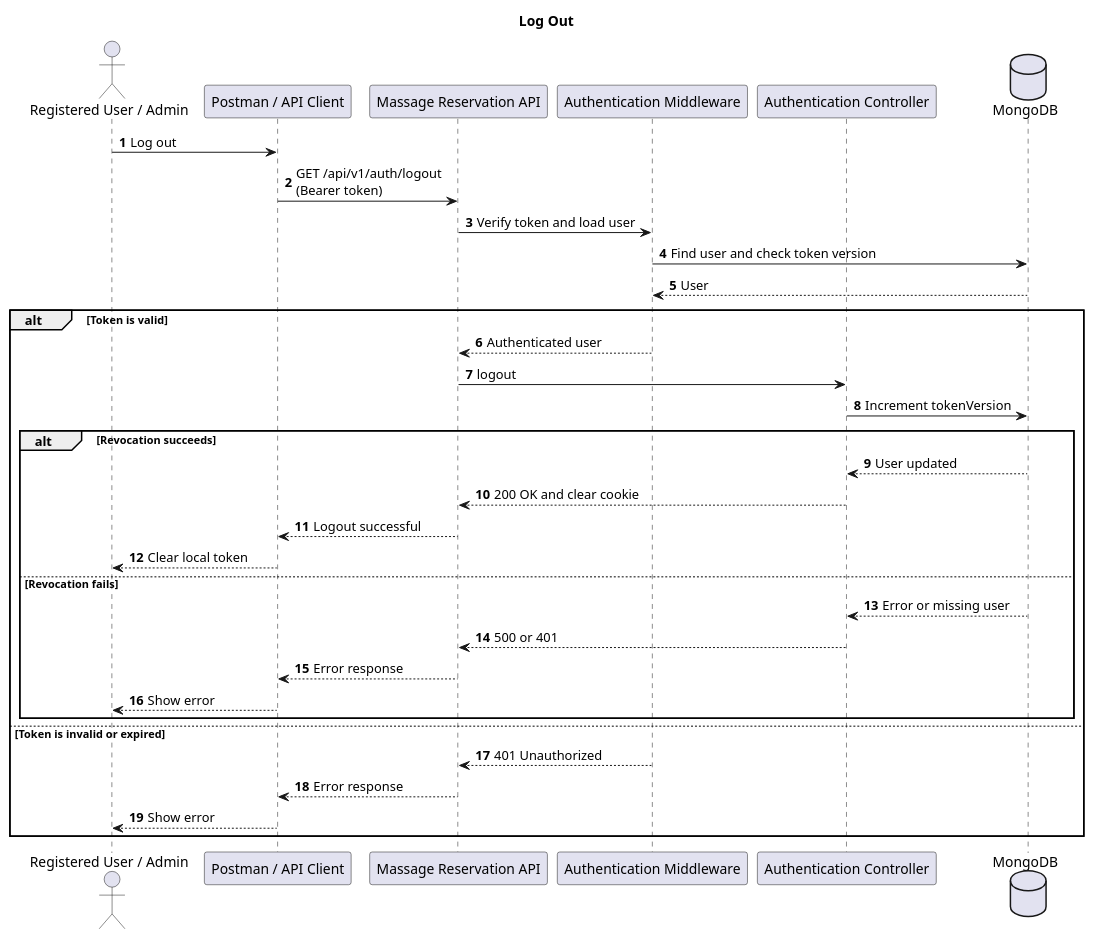
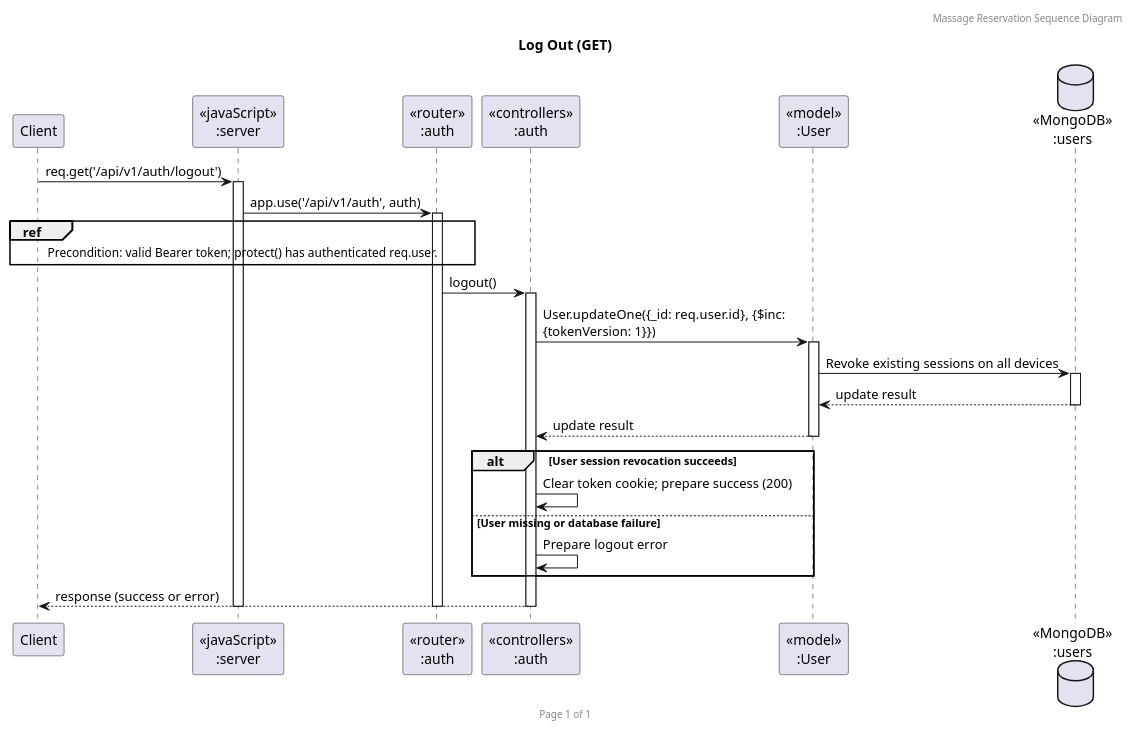
Before and after one commit to pim3567/SW-DEV-PRAC-Final-Project: the diagram in docs/diagram/sequence-diagram/specified-requirements/03-logout.puml, drawn with PlantUML. The commit also changed 12 other files, not shown here.

Commit message:
chore: modified sequence diagrams

```diff
--- a/docs/diagram/sequence-diagram/specified-requirements/03-logout.puml
+++ b/docs/diagram/sequence-diagram/specified-requirements/03-logout.puml
@@ -1,36 +1,33 @@
 @startuml
-title Log Out
-autonumber
-actor "Registered User / Admin" as User
-participant "Postman / API Client" as Client
-participant "Massage Reservation API" as API
-participant "Authentication Middleware" as Auth
-participant "Authentication Controller" as Controller
-database MongoDB as DB
+header Massage Reservation Sequence Diagram
+footer Page %page% of %lastpage%
+skinparam maxMessageSize 320
+title "Log Out (GET)"
 
-User -> Client: Log out
-Client -> API: GET /api/v1/auth/logout\n(Bearer token)
-API -> Auth: Verify token and load user
-Auth -> DB: Find user and check token version
-DB --> Auth: User
-alt Token is valid
-    Auth --> API: Authenticated user
-    API -> Controller: logout
-    Controller -> DB: Increment tokenVersion
-    alt Revocation succeeds
-        DB --> Controller: User updated
-        Controller --> API: 200 OK and clear cookie
-        API --> Client: Logout successful
-        Client --> User: Clear local token
-    else Revocation fails
-        DB --> Controller: Error or missing user
-        Controller --> API: 500 or 401
-        API --> Client: Error response
-        Client --> User: Show error
-    end
-else Token is invalid or expired
-    Auth --> API: 401 Unauthorized
-    API --> Client: Error response
-    Client --> User: Show error
+participant "Client" as client
+participant "<<javaScript>>\n:server" as server
+participant "<<router>>\n:auth" as router
+participant "<<controllers>>\n:auth" as controller
+participant "<<model>>\n:User" as model
+database "<<MongoDB>>\n:users" as db
+
+client -> server ++: req.get('/api/v1/auth/logout')
+server -> router ++: app.use('/api/v1/auth', auth)
+ref over client, router
+    Precondition: valid Bearer token; protect() has authenticated req.user.
+end ref
+router -> controller ++: logout()
+controller -> model ++: User.updateOne({_id: req.user.id}, {$inc: {tokenVersion: 1}})
+model -> db ++: Revoke existing sessions on all devices
+db --> model --: update result
+model --> controller --: update result
+alt User session revocation succeeds
+    controller -> controller: Clear token cookie; prepare success (200)
+else User missing or database failure
+    controller -> controller: Prepare logout error
 end
+controller --> client --: response (success or error)
+deactivate router
+deactivate server
+
 @enduml
```
